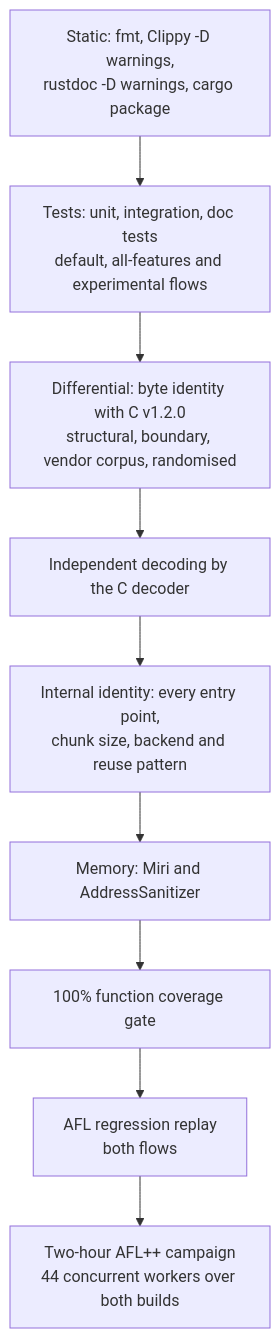
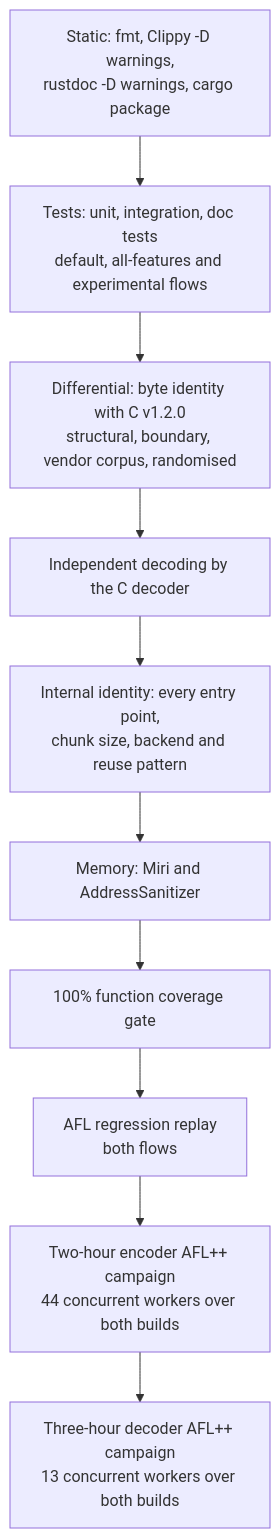
The diagram in docs/correctness.md (Mnwa/mbrotli), drawn with Mermaid before and after one commit. The commit also changed other lines of this file and 13 other files, not shown here.

````diff
--- a/docs/correctness.md
+++ b/docs/correctness.md
@@ -29,12 +32,13 @@
 ```mermaid
 flowchart TD
     Static["Static: fmt, Clippy -D warnings,<br/>rustdoc -D warnings, cargo package"] --> Tests
     Tests["Tests: unit, integration, doc tests<br/>default, all-features and experimental flows"] --> Diff
     Diff["Differential: byte identity with C v1.2.0<br/>structural, boundary, vendor corpus, randomised"] --> Decode
     Decode["Independent decoding by the C decoder"] --> Internal
     Internal["Internal identity: every entry point,<br/>chunk size, backend and reuse pattern"] --> Memory
     Memory["Memory: Miri and AddressSanitizer"] --> Coverage
     Coverage["100% function coverage gate"] --> Replay
     Replay["AFL regression replay<br/>both flows"] --> Campaign
-    Campaign["Two-hour AFL++ campaign<br/>44 concurrent workers over both builds"]
+    Campaign["Two-hour encoder AFL++ campaign<br/>44 concurrent workers over both builds"] --> Decoder
+    Decoder["Three-hour decoder AFL++ campaign<br/>13 concurrent workers over both builds"]
 ```
````
